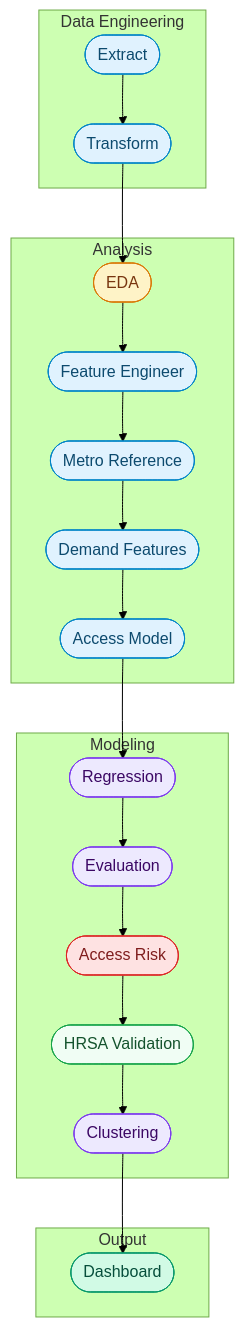
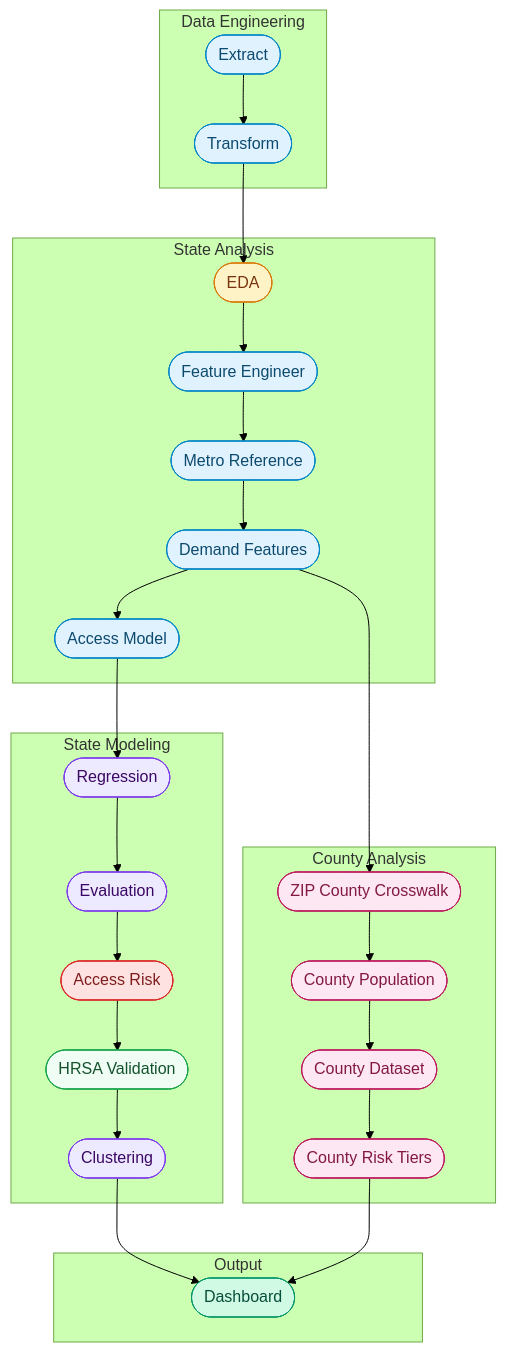
The diagram in README.md (kennethyeaher/inst737-final-project-kenneth-yeaher), drawn with Mermaid (forest theme) before and after one commit. The commit also changed other lines of this file and 1 other file, not shown here.

Commit message:
update readme and methodology for county analysis and refactor

````diff
--- a/README.md
+++ b/README.md
@@ -162,43 +184,53 @@
 ```mermaid
 flowchart TD
     subgraph ETL ["Data Engineering"]
         A([Extract]) --> B([Transform])
     end
 
-    subgraph ANALYSIS ["Analysis"]
+    subgraph ANALYSIS ["State Analysis"]
         C([EDA]) --> D([Feature Engineer])
         D --> E([Metro Reference])
         E --> L([Demand Features])
         L --> F([Access Model])
     end
 
-    subgraph MODELING ["Modeling"]
+    subgraph COUNTY ["County Analysis"]
+        Q([ZIP County Crosswalk]) --> R([County Population])
+        R --> S([County Dataset])
+        S --> T([County Risk Tiers])
+    end
+
+    subgraph MODELING ["State Modeling"]
         G([Regression]) --> H([Evaluation])
         H --> I([Access Risk])
         I --> N([HRSA Validation])
         N --> J([Clustering])
     end
 
     subgraph OUTPUT ["Output"]
         K([Dashboard])
     end
 
     B --> C
+    L --> Q
     F --> G
     J --> K
+    T --> K
 
     classDef etl fill:#e0f2fe,stroke:#0284c7,color:#0c4a6e
     classDef eda fill:#fef3c7,stroke:#d97706,color:#78350f
     classDef model fill:#ede9fe,stroke:#7c3aed,color:#3b0764
     classDef risk fill:#fee2e2,stroke:#dc2626,color:#7f1d1d
     classDef valid fill:#f0fdf4,stroke:#16a34a,color:#14532d
     classDef dash fill:#d1fae5,stroke:#059669,color:#064e3b
+    classDef county fill:#fce7f3,stroke:#be185d,color:#831843
 
     class A,B etl
     class C eda
     class D,E,L,F etl
     class G,H,J model
     class I risk
     class N valid
     class K dash
+    class Q,R,S,T county
 ```
````
